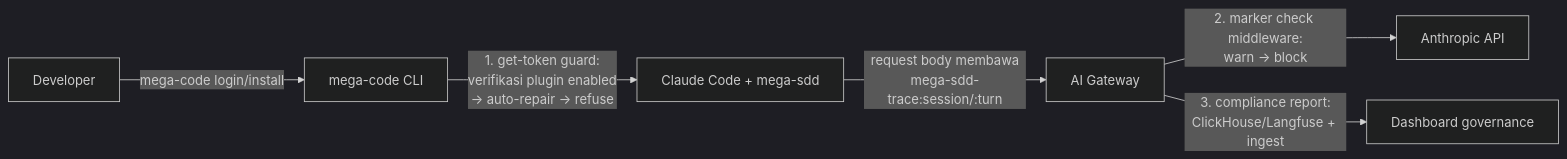
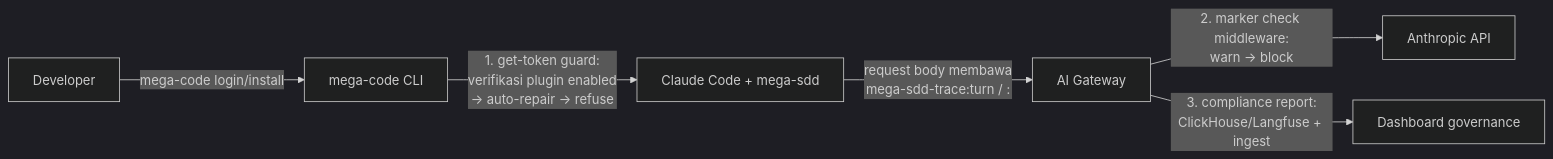
The diagram in docs/mega-sdd/keputusan-arsitek-gateway.md (FarhanRiuzaki/Mega-SDD), drawn with Mermaid (dark theme) before and after one commit. The commit also changed other lines of this file and 6 other files, not shown here.

First line of the commit message:
docs(mega-sdd): moved docs + gateway pair 1:1 with v7.5.x — 20 claims fixed

````diff
--- a/docs/mega-sdd/keputusan-arsitek-gateway.md
+++ b/docs/mega-sdd/keputusan-arsitek-gateway.md
@@ -85,8 +85,8 @@
 ```mermaid
 flowchart LR
     DEV[Developer] -->|mega-code login/install| MC[mega-code CLI]
     MC -->|"1. get-token guard:\nverifikasi plugin enabled\n→ auto-repair → refuse"| CC[Claude Code + mega-sdd]
-    CC -->|"request body membawa\nmega-sdd-trace:session/:turn"| GW[AI Gateway]
+    CC -->|"request body membawa\nmega-sdd-trace:turn / :<skill>"| GW[AI Gateway]
     GW -->|"2. marker check middleware:\nwarn → block"| API[Anthropic API]
     GW -->|"3. compliance report:\nClickHouse/Langfuse + ingest"| OBS[Dashboard governance]
 ```
````
